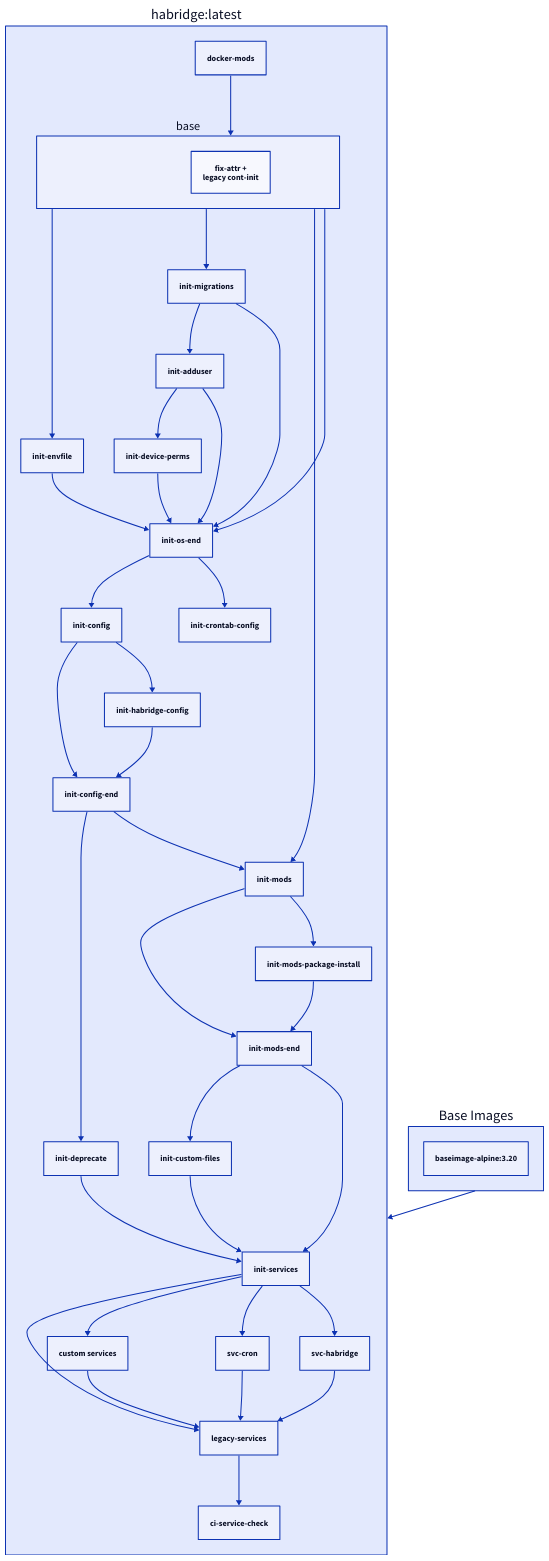
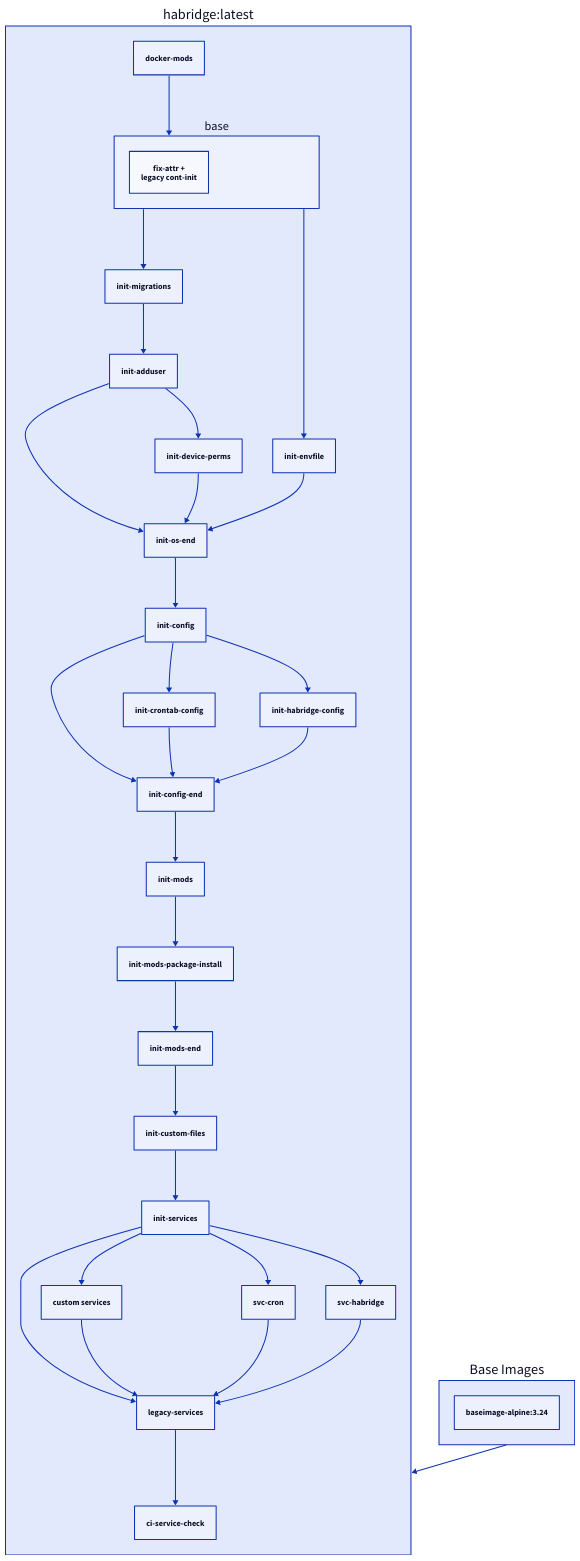
One commit to linuxserver/docker-documentation changed the diagram in docs/images/docker-habridge.md. Above: the diagram before and after it, drawn with D2. The commit also changed other lines of this file, not shown here.

Commit message:
Bot Updating Documentation

````diff
--- a/docs/images/docker-habridge.md
+++ b/docs/images/docker-habridge.md
@@ -291,47 +291,41 @@
     ```d2
     "habridge:latest": {
       docker-mods
       base {
         fix-attr +\nlegacy cont-init
       }
       docker-mods -> base
       legacy-services
       custom services
       init-services -> legacy-services
       init-services -> custom services
       custom services -> legacy-services
       legacy-services -> ci-service-check
       init-migrations -> init-adduser
       init-os-end -> init-config
       init-config -> init-config-end
+      init-crontab-config -> init-config-end
       init-habridge-config -> init-config-end
-      init-os-end -> init-crontab-config
+      init-config -> init-crontab-config
       init-mods-end -> init-custom-files
-      init-config-end -> init-deprecate
       init-adduser -> init-device-perms
       base -> init-envfile
       init-config -> init-habridge-config
       base -> init-migrations
-      base -> init-mods
       init-config-end -> init-mods
-      init-mods -> init-mods-end
       init-mods-package-install -> init-mods-end
       init-mods -> init-mods-package-install
-      base -> init-os-end
       init-adduser -> init-os-end
       init-device-perms -> init-os-end
       init-envfile -> init-os-end
-      init-migrations -> init-os-end
       init-custom-files -> init-services
-      init-deprecate -> init-services
-      init-mods-end -> init-services
       init-services -> svc-cron
       svc-cron -> legacy-services
       init-services -> svc-habridge
       svc-habridge -> legacy-services
     }
     Base Images: {
-      "baseimage-alpine:3.20"
+      "baseimage-alpine:3.24"
     }
     "habridge:latest" <- Base Images
     ```
````
